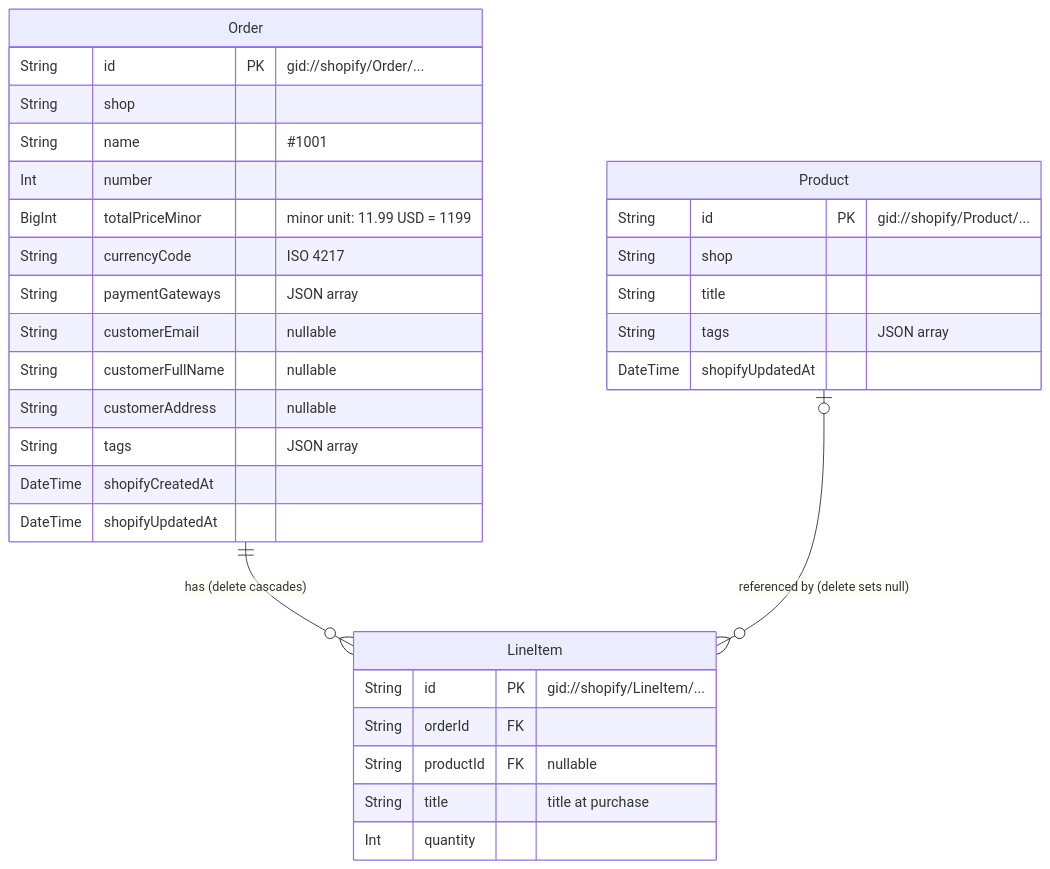
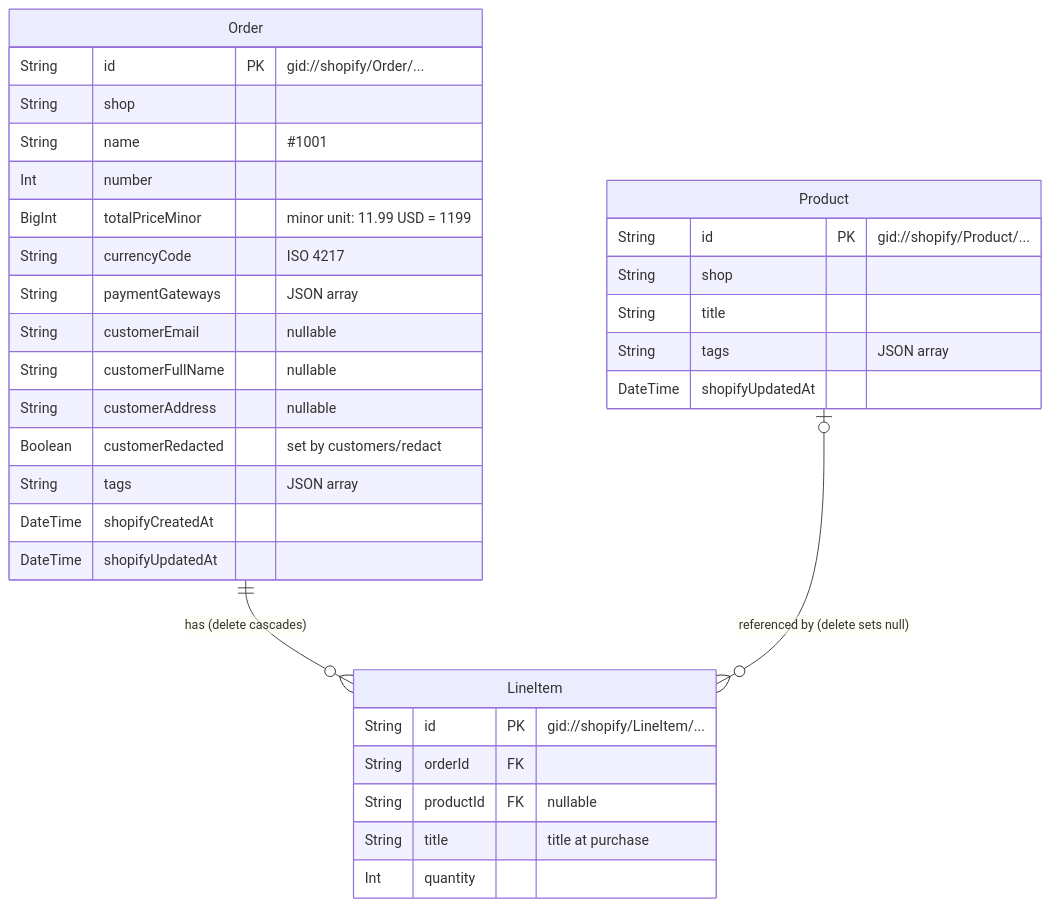
Before and after one commit to rukiita/shopify_test: the diagram in README.md, drawn with Mermaid. The commit also changed other lines of this file, not shown here.

````diff
--- a/README.md
+++ b/README.md
@@ -89,35 +90,36 @@
 ```mermaid
 erDiagram
   Order ||--o{ LineItem : "has (delete cascades)"
   Product |o--o{ LineItem : "referenced by (delete sets null)"
 
   Order {
     String id PK "gid://shopify/Order/..."
     String shop
     String name "#1001"
     Int number
     BigInt totalPriceMinor "minor unit: 11.99 USD = 1199"
     String currencyCode "ISO 4217"
     String paymentGateways "JSON array"
     String customerEmail "nullable"
     String customerFullName "nullable"
     String customerAddress "nullable"
+    Boolean customerRedacted "set by customers/redact"
     String tags "JSON array"
     DateTime shopifyCreatedAt
     DateTime shopifyUpdatedAt
   }
   LineItem {
     String id PK "gid://shopify/LineItem/..."
     String orderId FK
     String productId FK "nullable"
     String title "title at purchase"
     Int quantity
   }
   Product {
     String id PK "gid://shopify/Product/..."
     String shop
     String title
     String tags "JSON array"
     DateTime shopifyUpdatedAt
   }
 ```
````
